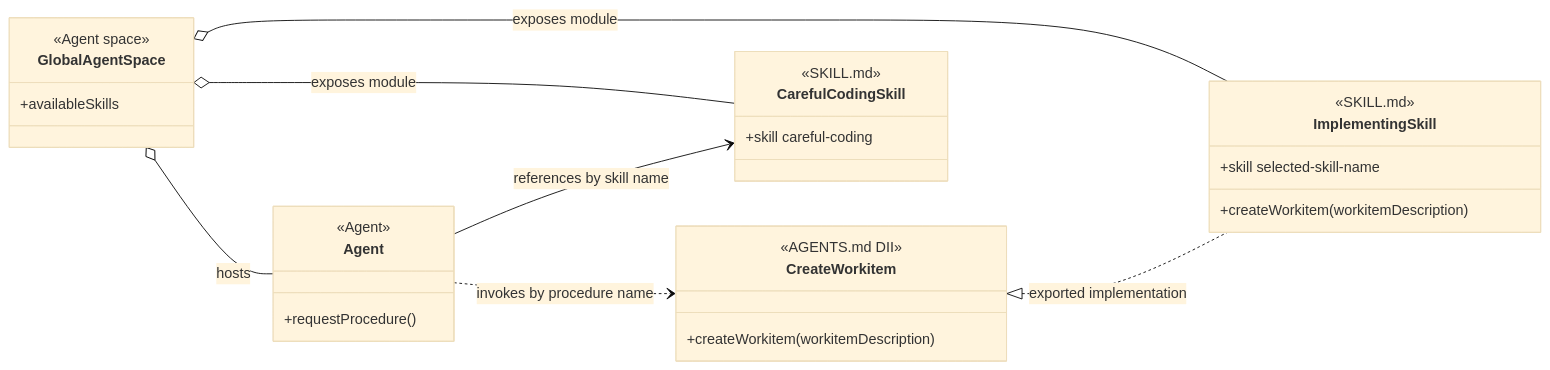
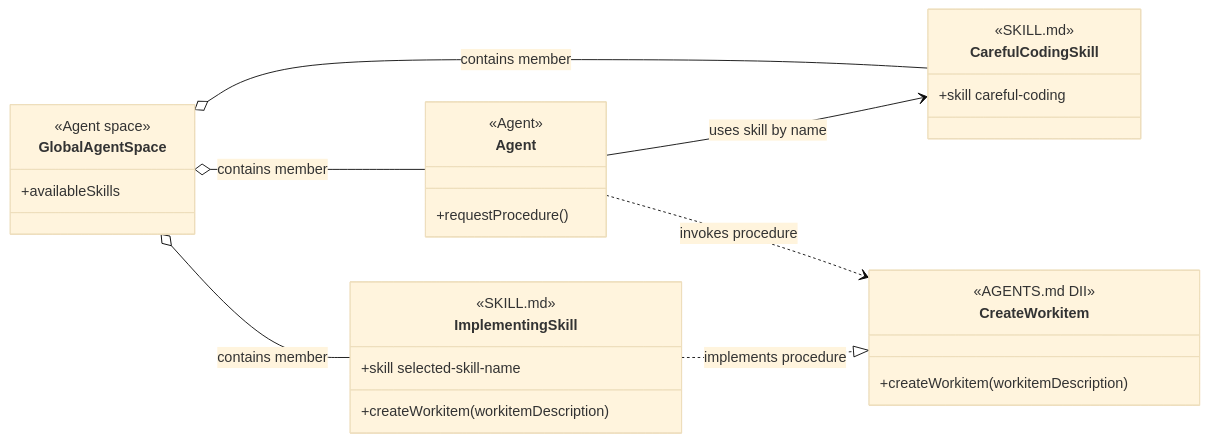
Before and after one commit to martinbechard/dev-methodology: the second of 12 diagrams in design/object-oriented-agent-and-skill-model.md, drawn with Mermaid (base theme). The commit also changed other lines of this file and 2 other files, not shown here.

Commit message:
Define diagram relationship notation

````diff
--- a/design/object-oriented-agent-and-skill-model.md
+++ b/design/object-oriented-agent-and-skill-model.md
@@ -82,38 +160,38 @@
 ```mermaid
 classDiagram
     direction LR
 
     class GlobalAgentSpace {
         <<Agent space>>
         +availableSkills
     }
 
     class Agent {
         <<Agent>>
         +requestProcedure()
     }
 
     class CreateWorkitem {
         <<AGENTS.md DII>>
         +createWorkitem(workitemDescription)
     }
 
     class ImplementingSkill {
         <<SKILL.md>>
         +skill selected-skill-name
         +createWorkitem(workitemDescription)
     }
 
     class CarefulCodingSkill {
         <<SKILL.md>>
         <<Agent Skill>>
         +skill careful-coding
     }
 
-    GlobalAgentSpace o-- Agent : hosts
-    GlobalAgentSpace o-- ImplementingSkill : exposes module
-    GlobalAgentSpace o-- CarefulCodingSkill : exposes module
-    Agent --> CarefulCodingSkill : references by skill name
-    Agent ..> CreateWorkitem : invokes by procedure name
-    CreateWorkitem <|.. ImplementingSkill : exported implementation
+    GlobalAgentSpace o-- Agent : contains member
+    GlobalAgentSpace o-- ImplementingSkill : contains member
+    GlobalAgentSpace o-- CarefulCodingSkill : contains member
+    Agent --> CarefulCodingSkill : uses skill by name
+    Agent ..> CreateWorkitem : invokes procedure
+    ImplementingSkill ..|> CreateWorkitem : implements procedure
 ```
````
